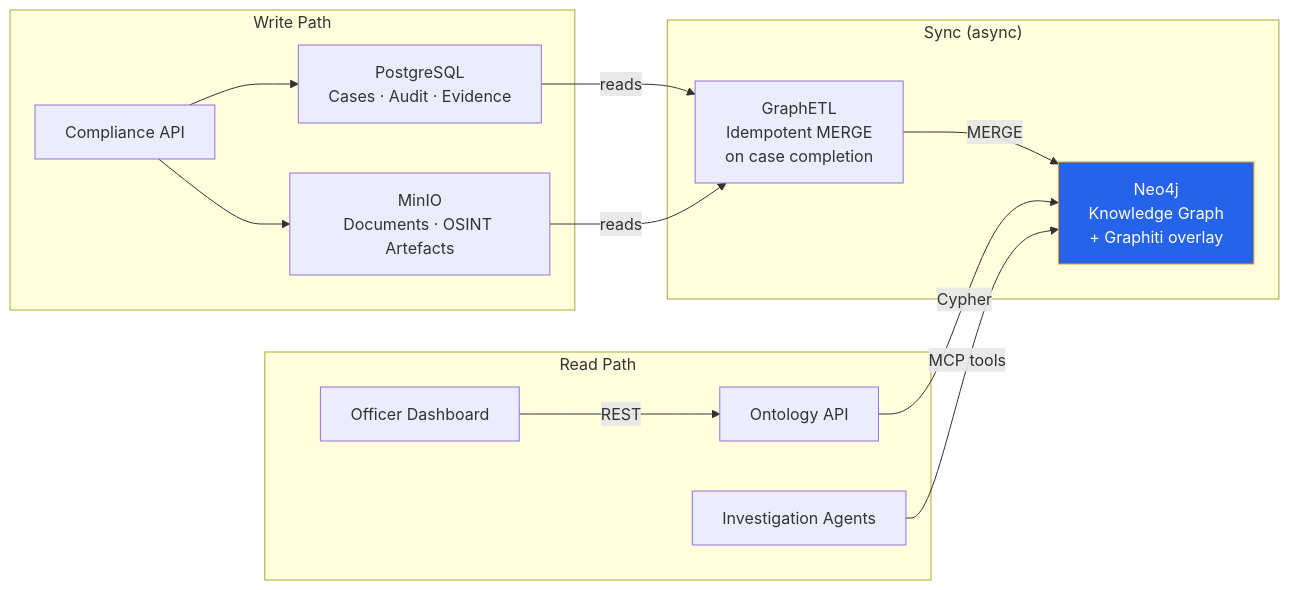
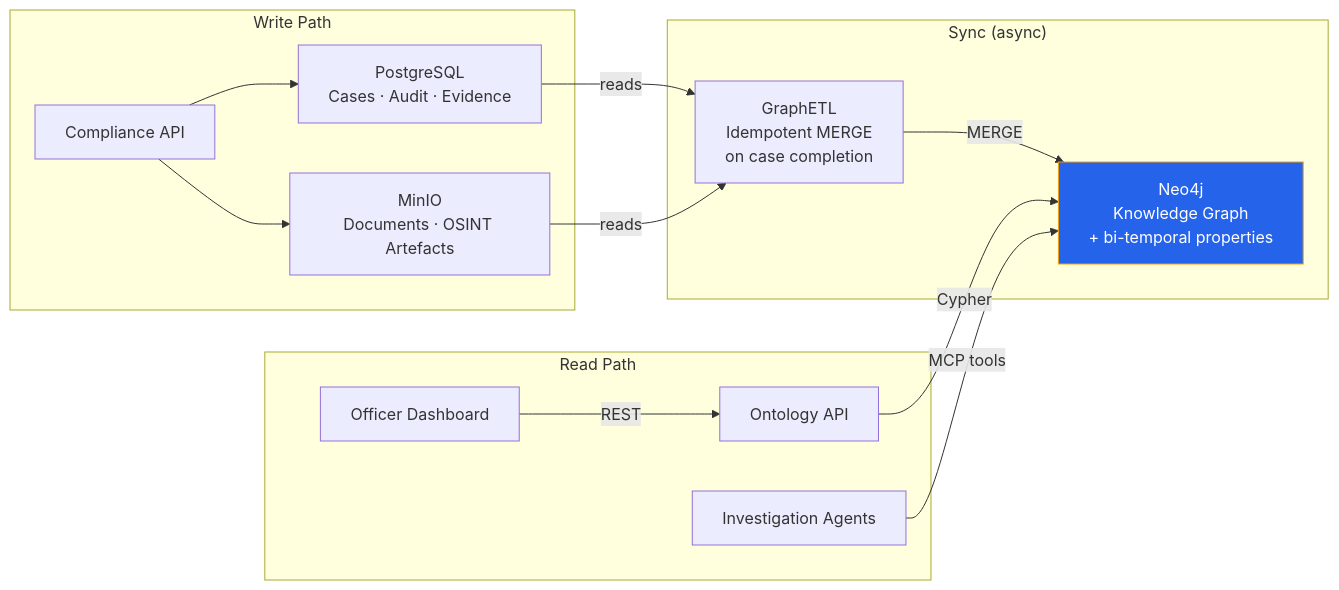
Before and after one commit to Tsunami-max/trust-relay-docs: the first of 3 diagrams in docs/architecture/knowledge-graph.md, drawn with Mermaid. The commit also changed other lines of this file and 46 other files, not shown here.

First line of the commit message:
docs: complete documentation overhaul — trust lifecycle vision, pillar architecture, regulatory compliance

````diff
--- a/docs/architecture/knowledge-graph.md
+++ b/docs/architecture/knowledge-graph.md
@@ -16,23 +16,23 @@
 ```mermaid
 flowchart LR
     subgraph Write["Write Path"]
         API["Compliance API"] --> PG["PostgreSQL<br/>Cases · Audit · Evidence"]
         API --> MIO["MinIO<br/>Documents · OSINT Artefacts"]
     end
 
     subgraph Sync["Sync (async)"]
         ETL["GraphETL<br/>Idempotent MERGE<br/>on case completion"]
         PG -->|reads| ETL
         MIO -->|reads| ETL
         ETL -->|MERGE| NEO
     end
 
     subgraph Read["Read Path"]
-        NEO["Neo4j<br/>Knowledge Graph<br/>+ Graphiti overlay"]
+        NEO["Neo4j<br/>Knowledge Graph<br/>+ bi-temporal properties"]
         GAPI["Ontology API"] -->|Cypher| NEO
         AGENT["Investigation Agents"] -->|MCP tools| NEO
         DASH["Officer Dashboard"] -->|REST| GAPI
     end
 
     style NEO fill:#2563eb,stroke:#f59e0b,color:#fff
 ```
````
